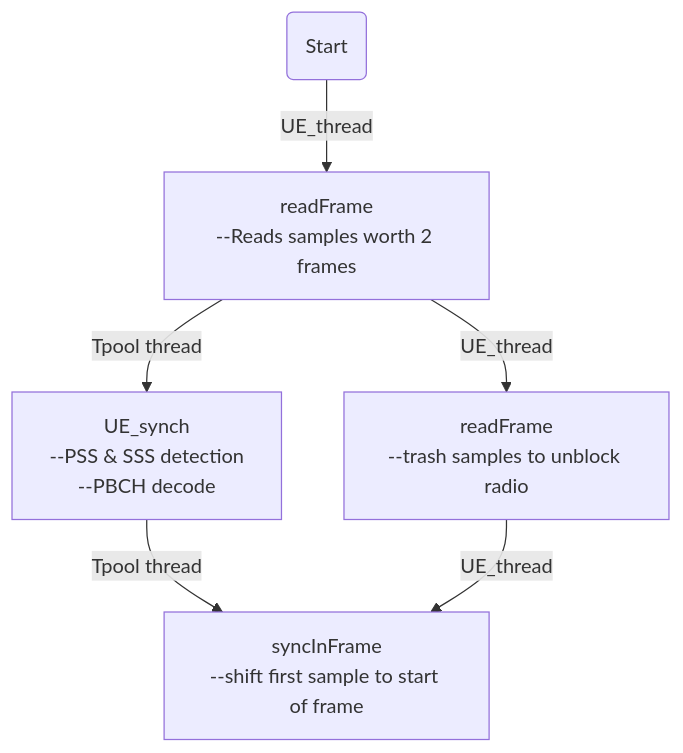
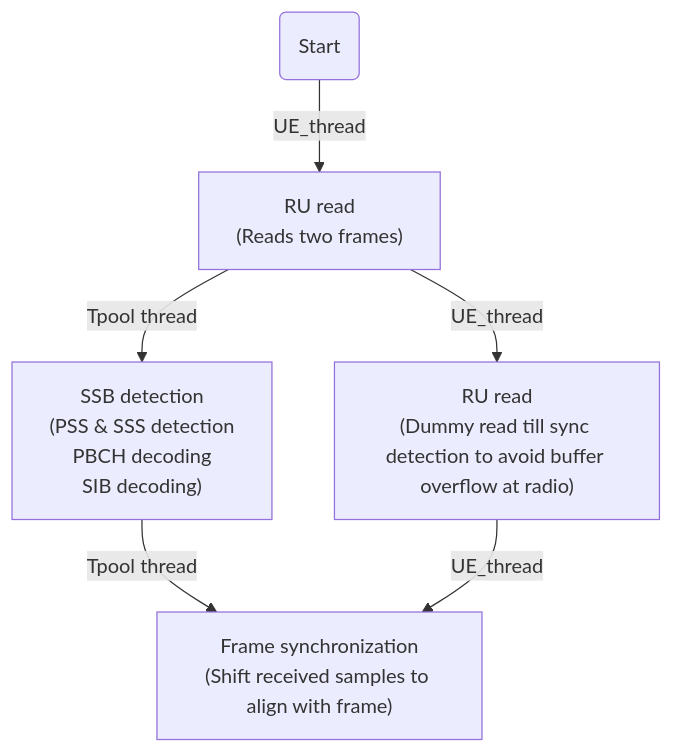
One commit to pippianders/openairinterface5g changed the second of 3 diagrams in doc/nr-ue-design.md. Above: the diagram before and after it, drawn with Mermaid. The commit also changed other lines of this file, not shown here.

````diff
--- a/doc/nr-ue-design.md
+++ b/doc/nr-ue-design.md
@@ -17,8 +17,8 @@
 ```mermaid
 graph TD
-    A(Start) -->|UE_thread| B["readFrame<br/>--Reads samples worth 2 frames"]
-    B --> |Tpool thread| C["UE_synch<br/>--PSS & SSS detection<br/>--PBCH decode"]
-    B --> |UE_thread| D["readFrame<br/>--trash samples to unblock radio"]
-    C --> |Tpool thread| E[syncInFrame<br/>--shift first sample to start of frame]
-    D --> |UE_thread| E
+    start(Start) -->|UE_thread| rxRu["RU read<br/>(Reads two frames)"]
+    rxRu --> |Tpool thread| sync["SSB detection<br/>(PSS & SSS detection<br/>PBCH decoding<br/>SIB decoding)"]
+    rxRu --> |UE_thread| rxRuDummy["RU read<br/>(Dummy read till sync detection to avoid buffer overflow at radio)"]
+    sync --> |Tpool thread| frameSync["Frame synchronization<br/>(Shift received samples to align with frame)"]
+    rxRuDummy --> |UE_thread| frameSync
 ```
````
